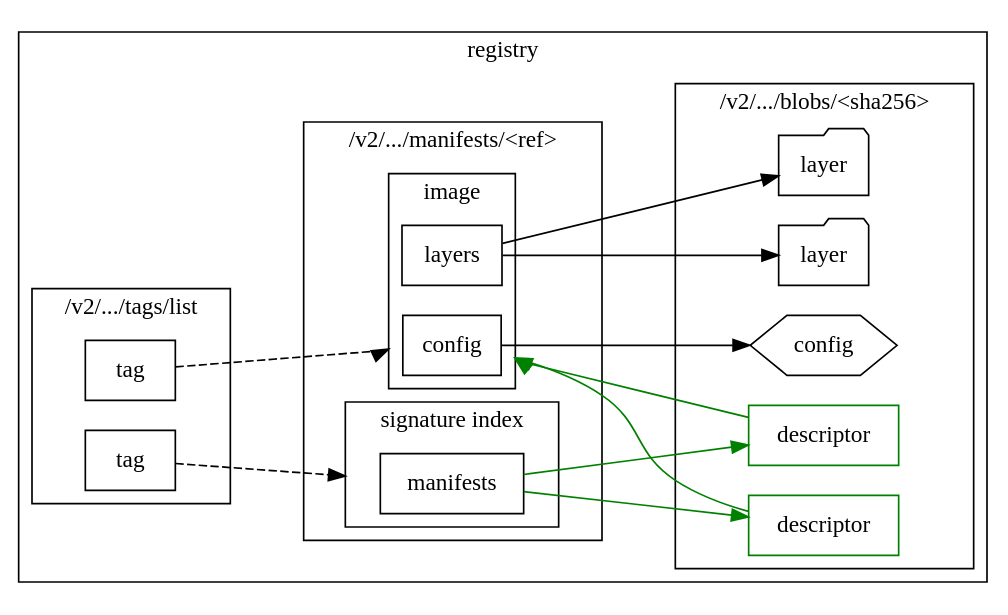
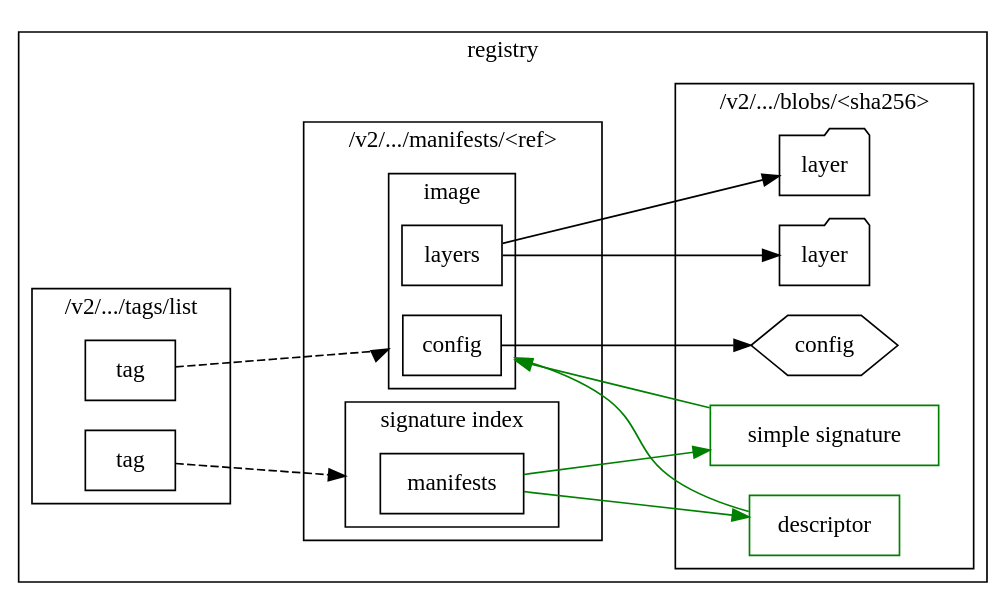
The diagram in images/dot/signatures.dot (jonjohnsonjr/go-containerregistry), drawn with Graphviz before and after one commit. The commit also changed 1 other file, not shown here.

```diff
--- a/images/dot/signatures.dot
+++ b/images/dot/signatures.dot
@@ -1,58 +1,58 @@
 digraph {
   compound=true;
   rankdir="LR";
   ordering = in;
 
   subgraph cluster_registry {
     label = "registry";
 
     subgraph cluster_tags {
       label = "/v2/.../tags/list";
 
       tag [label="tag", shape="rect"];
       tag2 [label="tag", shape="rect"];
     }
 
     subgraph cluster_manifests {
       label = "/v2/.../manifests/<ref>";
 
       subgraph cluster_image {
         label = "image";
 
         mconfig [label="config", shape="rect"];
         layers [label="layers", shape="rect"];
       }
 
       subgraph cluster_index {
         label = "signature index";
 
         imanifest [label="manifests", shape="rect"];
       }
     }
 
     subgraph cluster_blobs {
       label = "/v2/.../blobs/<sha256>";
 
       bconfig [label="config", shape="hexagon"];
 
       l1 [label="layer", shape="folder"];
       l2 [label="layer", shape="folder"];
       desc1 [label="descriptor", shape="rect", color="green"];
-      desc2 [label="descriptor", shape="rect", color="green"];
+      desc2 [label="simple signature", shape="rect", color="green"];
     }
 
     layers -> l1;
     layers -> l2;
 
     mconfig -> bconfig;
     
     imanifest -> desc1 [color="green"];
     imanifest -> desc2 [color="green"];
     
     desc1 -> mconfig [lhead=cluster_image, color="green"];
     desc2 -> mconfig [lhead=cluster_image, color="green"];
 
     tag -> mconfig [style="dashed", lhead=cluster_image];
     tag2 -> imanifest [style="dashed", lhead=cluster_index];
   }
 }
```
